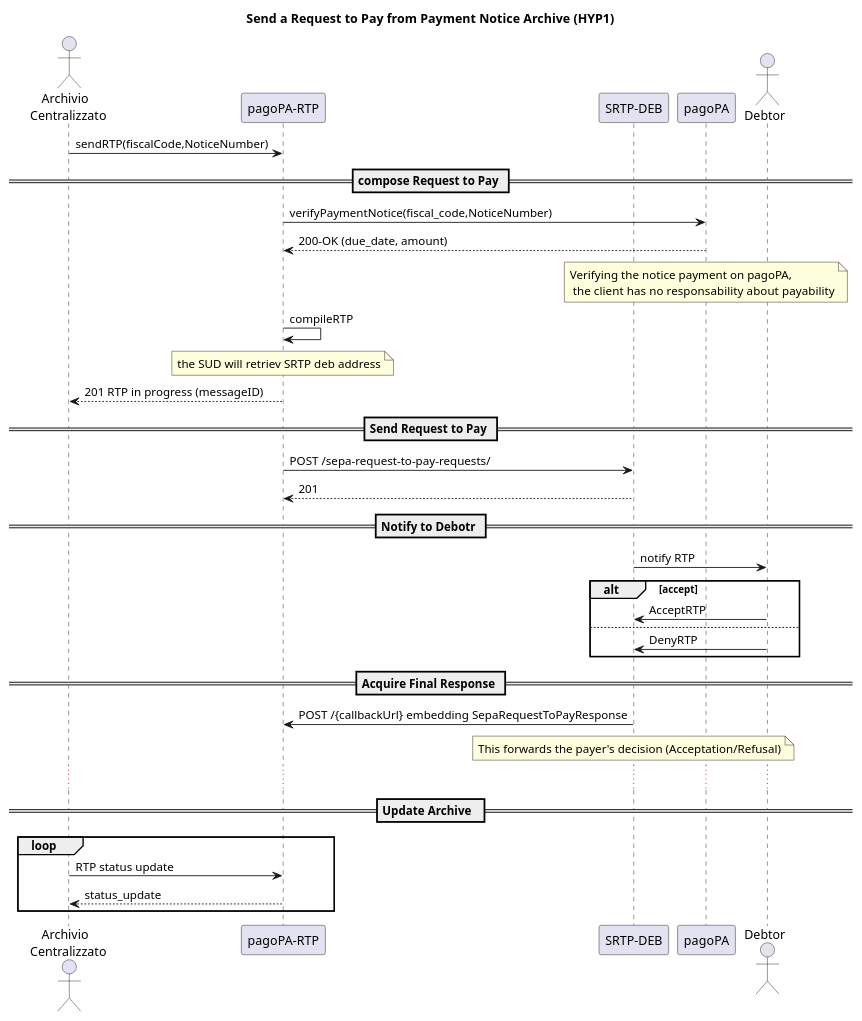
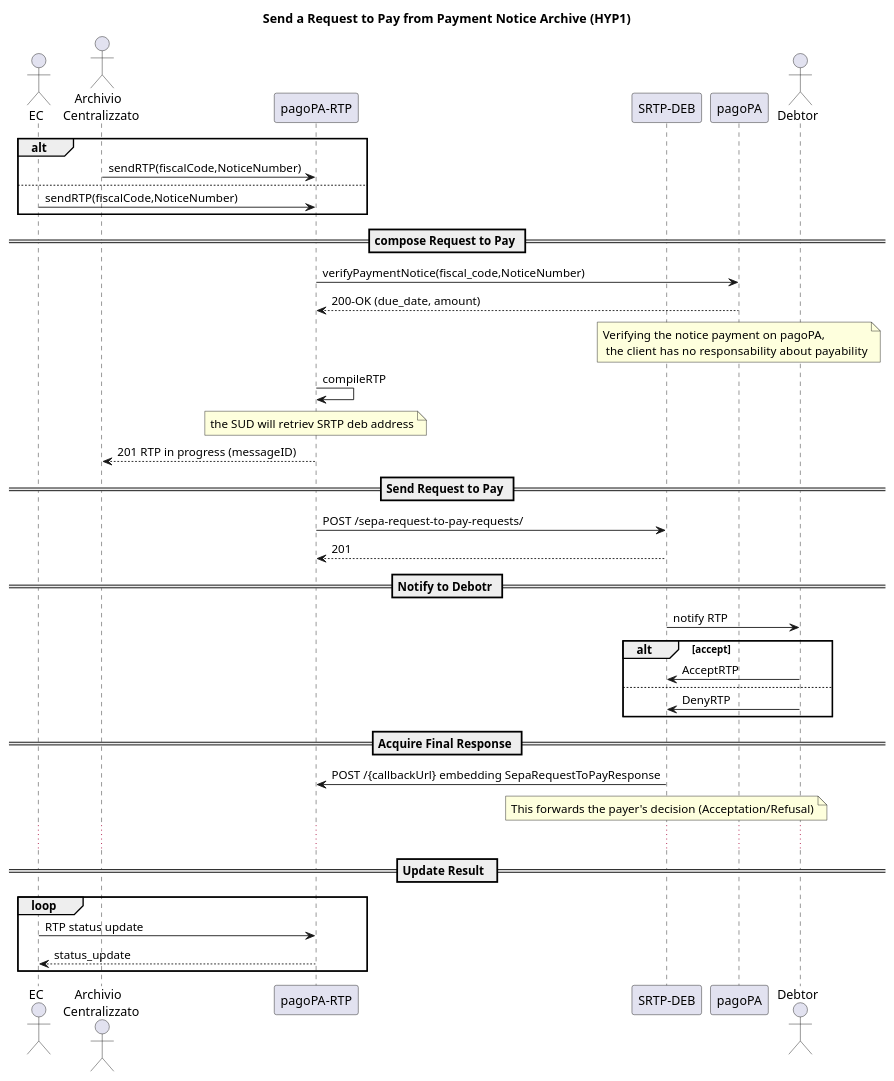
Before and after one commit to pagopa/mil-diags: the diagram in rtp-hyp1/src/SD_Archivio_sendRTP.puml, drawn with PlantUML. The commit also changed 1 other file, not shown here.

Commit message:
merge archivio e EC

```diff
--- a/rtp-hyp1/src/SD_Archivio_sendRTP.puml
+++ b/rtp-hyp1/src/SD_Archivio_sendRTP.puml
@@ -1,36 +1,41 @@
 @startuml
 title : Send a Request to Pay from Payment Notice Archive (HYP1) 
-actor ec as "Archivio \n Centralizzato"
+actor ec as "EC"
+actor archivio as "Archivio \n Centralizzato"
 participant rtp as "pagoPA-RTP"
 participant srtp_deb as "SRTP-DEB"
 participant pagopa as "pagoPA"
 actor deb as "Debtor"
 
+alt 
+archivio -> rtp : sendRTP(fiscalCode,NoticeNumber)
+else 
 ec -> rtp : sendRTP(fiscalCode,NoticeNumber)
+end 
 == compose Request to Pay == 
 rtp -> pagopa : verifyPaymentNotice(fiscal_code,NoticeNumber)
 pagopa --> rtp : 200-OK (due_date, amount)
 note over pagopa: Verifying the notice payment on pagoPA,\n the client has no  responsability about payability
 rtp -> rtp : compileRTP
 note over rtp: the SUD will retriev SRTP deb address 
-rtp --> ec : 201 RTP in progress (messageID)
+rtp --> archivio : 201 RTP in progress (messageID)
 == Send Request to Pay == 
 rtp -> srtp_deb : POST /sepa-request-to-pay-requests/
 srtp_deb --> rtp : 201
 == Notify to Debotr ==
 srtp_deb -> deb : notify RTP
 alt accept 
 deb -> srtp_deb : AcceptRTP
 else 
 deb -> srtp_deb: DenyRTP
 end
 == Acquire Final Response == 
 srtp_deb -> rtp : POST /{callbackUrl} embedding SepaRequestToPayResponse
 note over srtp_deb : This forwards the payer's decision (Acceptation/Refusal)
 ...
-== Update Archive  == 
+== Update Result  == 
 loop 
 ec -> rtp : RTP status update
 rtp --> ec: status_update
 end
 @enduml
```
